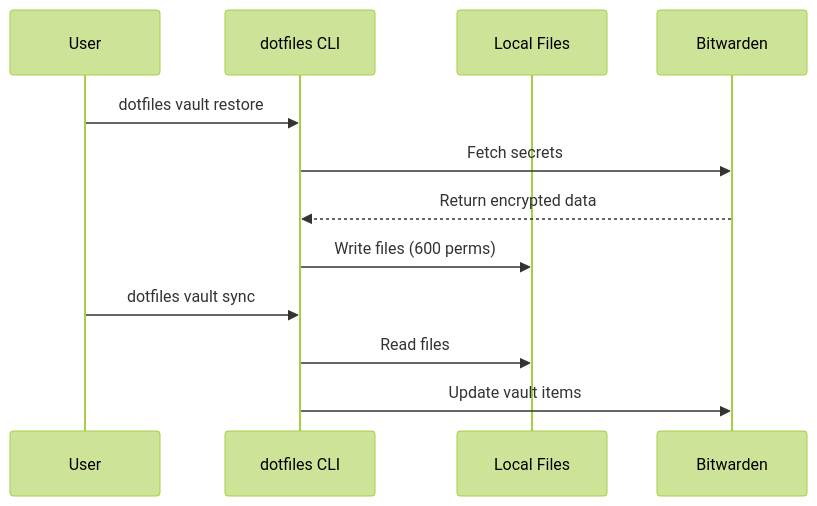
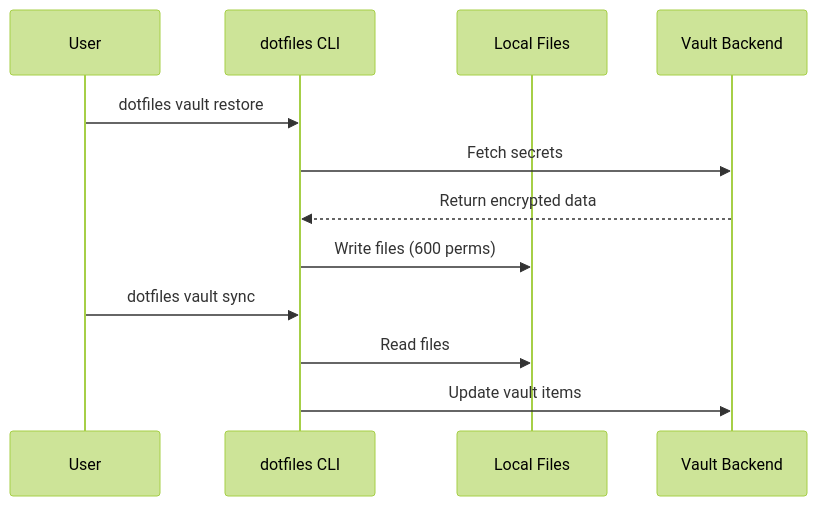
One commit to blackwell-systems/blackdot changed the fifth of 8 diagrams in docs/architecture.md. Above: the diagram before and after it, drawn with Mermaid (forest theme). The commit also changed other lines of this file and 12 other files, not shown here.

````diff
--- a/docs/architecture.md
+++ b/docs/architecture.md
@@ -171,16 +172,16 @@
 ```mermaid
 sequenceDiagram
     participant User
     participant CLI as dotfiles CLI
     participant Local as Local Files
-    participant BW as Bitwarden
+    participant Vault as Vault Backend
 
     User->>CLI: dotfiles vault restore
-    CLI->>BW: Fetch secrets
-    BW-->>CLI: Return encrypted data
+    CLI->>Vault: Fetch secrets
+    Vault-->>CLI: Return encrypted data
     CLI->>Local: Write files (600 perms)
 
     User->>CLI: dotfiles vault sync
     CLI->>Local: Read files
-    CLI->>BW: Update vault items
+    CLI->>Vault: Update vault items
 ```
````
